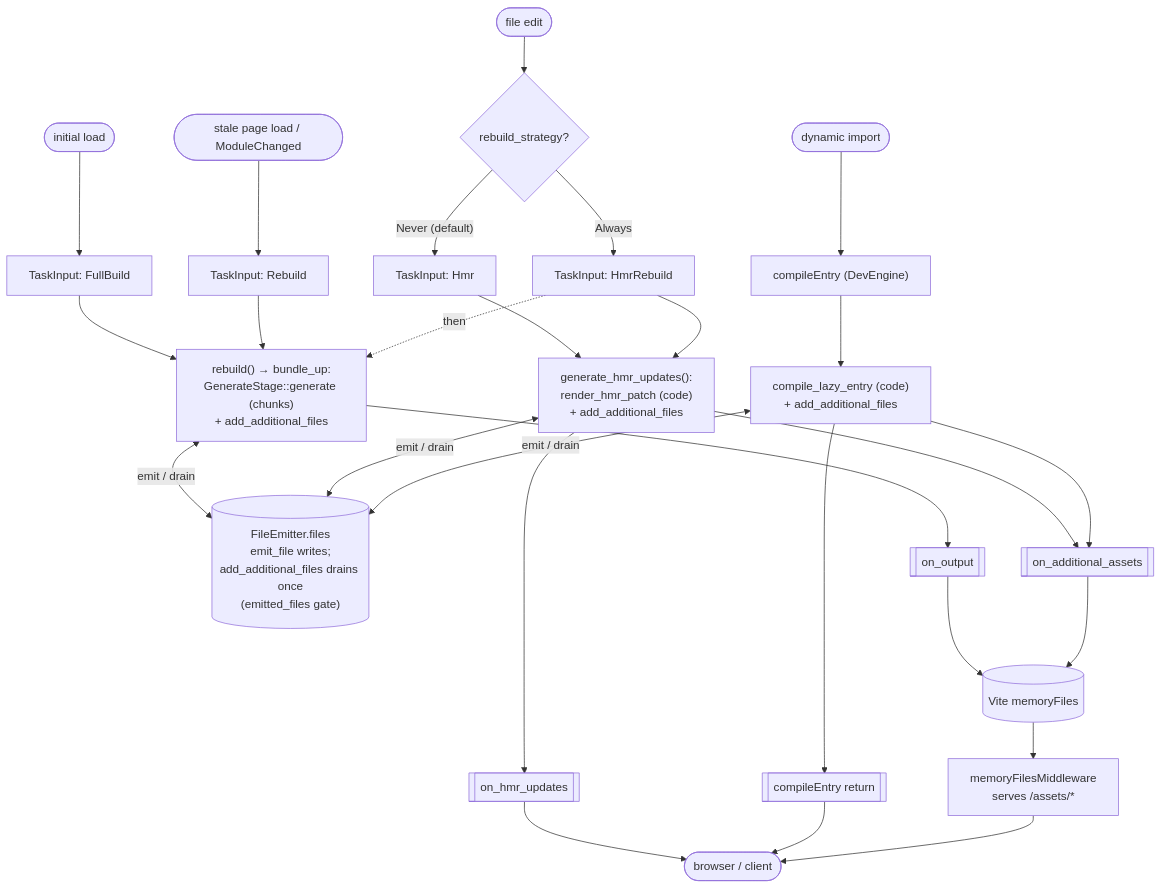
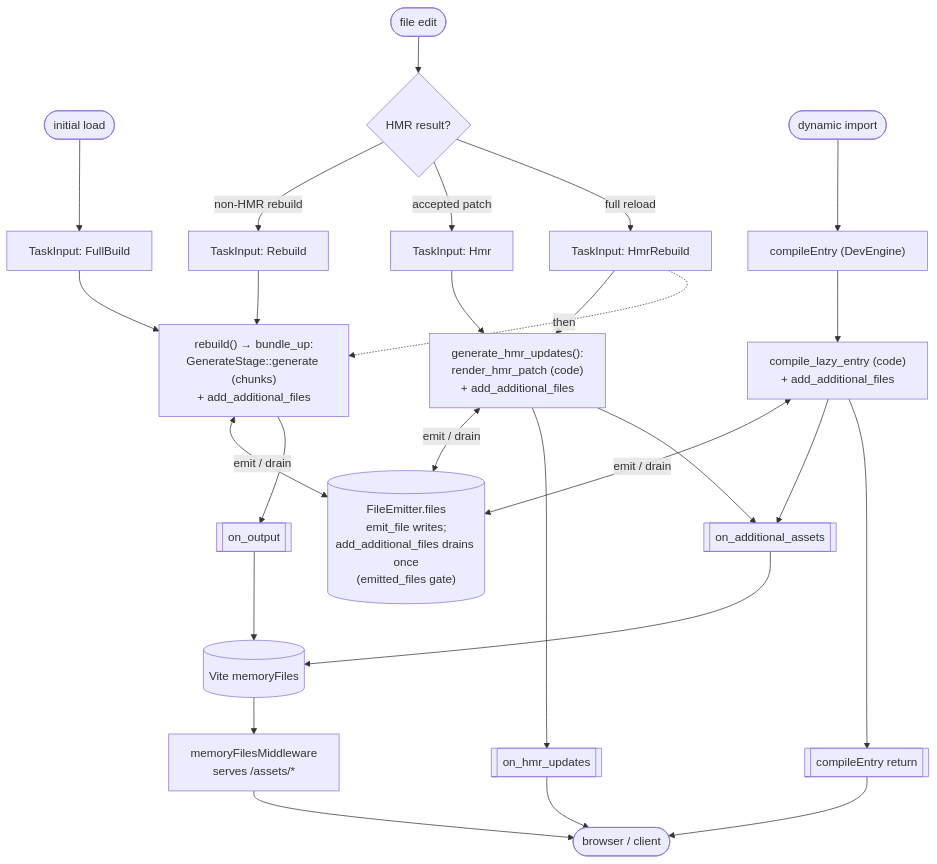
Before and after one commit to wan9chi/rolldown: the second of 2 diagrams in internal-docs/dev-engine/implementation.md, drawn with Mermaid. The commit also changed other lines of this file and 5791 other files, not shown here.

````diff
--- a/internal-docs/dev-engine/implementation.md
+++ b/internal-docs/dev-engine/implementation.md
@@ -1650,41 +1224,41 @@
 ```mermaid
 flowchart TD
   %% ===== triggers =====
   T1([initial load]) --> FULL["TaskInput: FullBuild"]
-  T2([file edit]) --> D{"rebuild_strategy?"}
+  T2([file edit]) --> D{"HMR result?"}
   T3([dynamic import]) --> LAZY["compileEntry (DevEngine)"]
-  T4([stale page load / ModuleChanged]) --> REB["TaskInput: Rebuild"]
 
-  %% ===== dispatch (handle_file_changes) =====
-  D -->|"Never (default)"| HMR["TaskInput: Hmr"]
-  D -->|"Always"| HR["TaskInput: HmrRebuild"]
+  %% ===== dispatch (run_inner) =====
+  D -->|"non-HMR rebuild"| REB["TaskInput: Rebuild"]
+  D -->|"accepted patch"| HMR["TaskInput: Hmr"]
+  D -->|"full reload"| HR["TaskInput: HmrRebuild"]
 
   %% ===== function chains =====
   FULL --> RB
   REB --> RB["rebuild() → bundle_up:<br/>GenerateStage::generate (chunks)<br/>+ add_additional_files"]
   HMR --> GH["generate_hmr_updates():<br/>render_hmr_patch (code)<br/>+ add_additional_files"]
   HR --> GH
   HR -. "then" .-> RB
   LAZY --> CL["compile_lazy_entry (code)<br/>+ add_additional_files"]
 
   %% ===== shared emitter (asset bytes converge here) =====
   FE[("FileEmitter.files<br/>emit_file writes;<br/>add_additional_files drains once<br/>(emitted_files gate)")]
   RB <-->|"emit / drain"| FE
   GH <-->|"emit / drain"| FE
   CL <-->|"emit / drain"| FE
 
   %% ===== callbacks =====
   RB --> OUT[["on_output"]]
   GH --> HMRU[["on_hmr_updates"]]
   GH --> ADD[["on_additional_assets"]]
   CL --> ADD
   CL --> RET[["compileEntry return"]]
 
   %% ===== sinks =====
   OUT --> MEM[("Vite memoryFiles")]
   ADD --> MEM
   MEM --> MW["memoryFilesMiddleware<br/>serves /assets/*"]
   HMRU --> B(["browser / client"])
   RET --> B
   MW --> B
 ```
````
